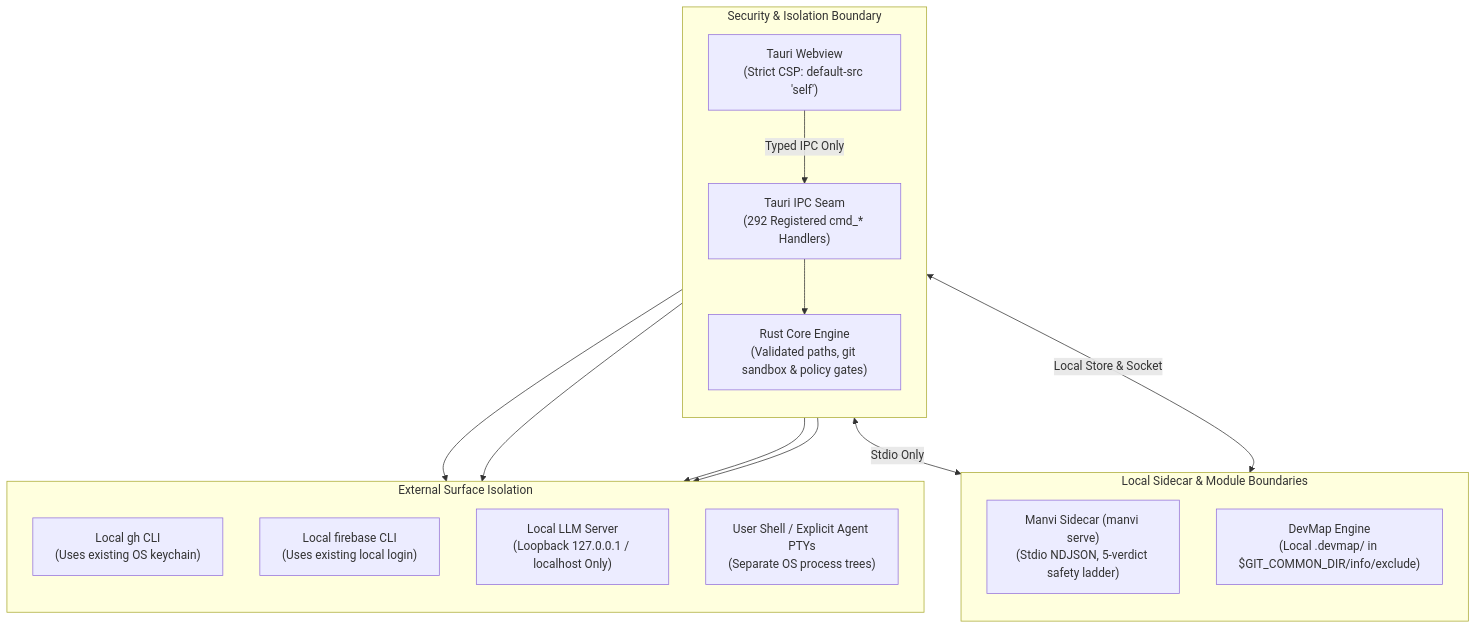
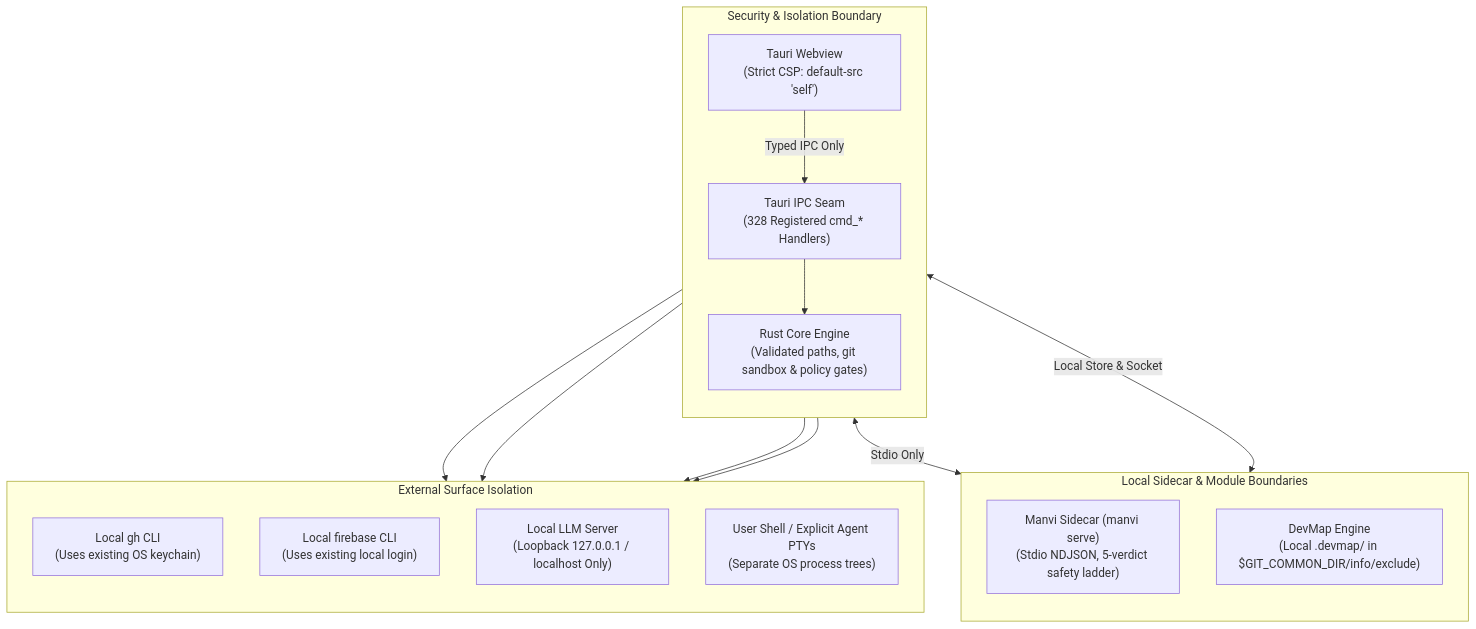
The diagram in docs/SECURITY.md (bharathvbcr/GitPulse), drawn with Mermaid before and after one commit. The commit also changed 200 other files, not shown here.

````diff
--- a/docs/SECURITY.md
+++ b/docs/SECURITY.md
@@ -12,33 +12,33 @@
 ```mermaid
 flowchart TD
     subgraph Boundary["Security & Isolation Boundary"]
         direction TB
         Webview["Tauri Webview<br/>(Strict CSP: default-src 'self')"]
-        IPCBoundary["Tauri IPC Seam<br/>(292 Registered cmd_* Handlers)"]
+        IPCBoundary["Tauri IPC Seam<br/>(328 Registered cmd_* Handlers)"]
         LocalEngine["Rust Core Engine<br/>(Validated paths, git sandbox & policy gates)"]
         
         Webview -->|Typed IPC Only| IPCBoundary
         IPCBoundary --> LocalEngine
     end
 
     subgraph SidecarIsolation["Local Sidecar & Module Boundaries"]
         direction TB
         ManviSidecar["Manvi Sidecar (manvi serve)<br/>(Stdio NDJSON, 5-verdict safety ladder)"]
         DevMapGate["DevMap Engine<br/>(Local .devmap/ in $GIT_COMMON_DIR/info/exclude)"]
     end
 
     subgraph ExternalSurfaces["External Surface Isolation"]
         direction TB
         LocalGH["Local gh CLI<br/>(Uses existing OS keychain)"]
         LocalFB["Local firebase CLI<br/>(Uses existing local login)"]
         LocalAI["Local LLM Server<br/>(Loopback 127.0.0.1 / localhost Only)"]
         PTY["User Shell / Explicit Agent PTYs<br/>(Separate OS process trees)"]
     end
 
     LocalEngine <-->|Stdio Only| ManviSidecar
     LocalEngine <-->|Local Store & Socket| DevMapGate
     LocalEngine --> LocalGH
     LocalEngine --> LocalFB
     LocalEngine --> LocalAI
     LocalEngine --> PTY
 ```
````
